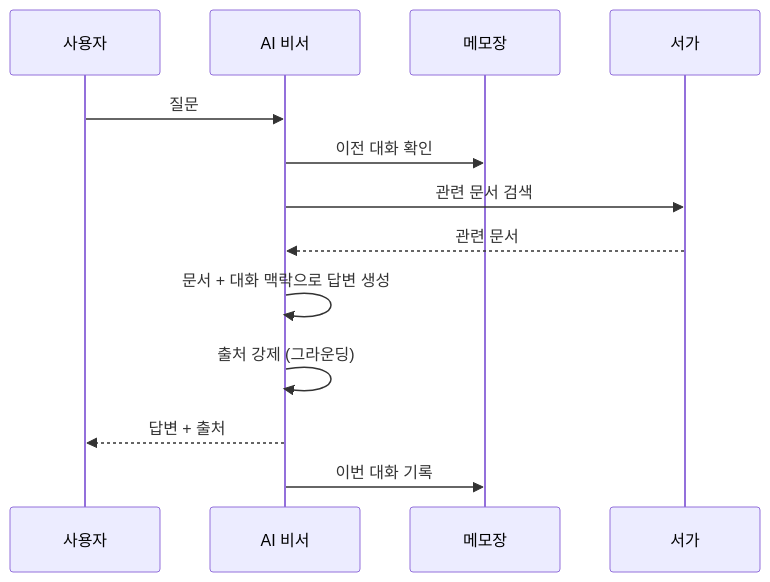
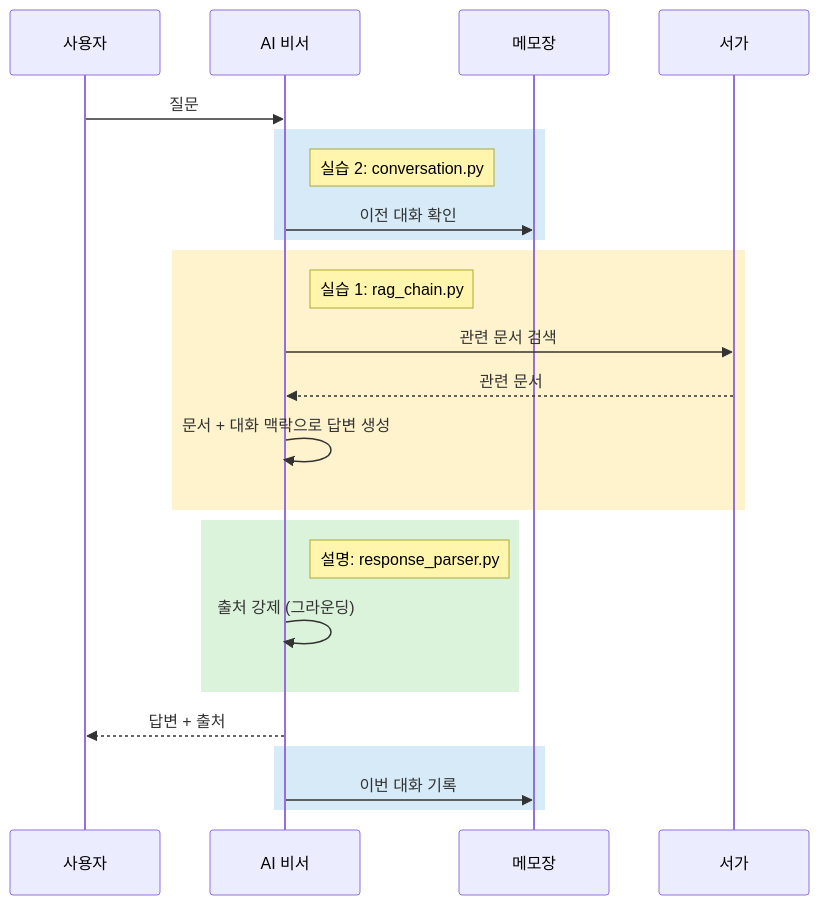
One commit to edu-openskill/lecture-book-workflow changed the first of 4 diagrams in projects/사내AI비서_v2/chapters/05-드디어-답해준다.md. Above: the diagram before and after it, drawn with Mermaid.

Commit message:
feat: CH05 전체 흐름 다이어그램에 실습 위치 색상 표시
노란색 = 실습 1 (rag_chain.py)
초록색 = 설명 (response_parser.py)
파란색 = 실습 2 (conversation.py)

````diff
--- a/projects/사내AI비서_v2/chapters/05-드디어-답해준다.md
+++ b/projects/사내AI비서_v2/chapters/05-드디어-답해준다.md
@@ -281,11 +281,22 @@
 ```mermaid
 sequenceDiagram
     사용자->>AI 비서: 질문
-    AI 비서->>메모장: 이전 대화 확인
-    AI 비서->>서가: 관련 문서 검색
-    서가-->>AI 비서: 관련 문서
-    AI 비서->>AI 비서: 문서 + 대화 맥락으로 답변 생성
-    AI 비서->>AI 비서: 출처 강제 (그라운딩)
+    rect rgb(214, 234, 248)
+        Note right of AI 비서: 실습 2: conversation.py
+        AI 비서->>메모장: 이전 대화 확인
+    end
+    rect rgb(255, 243, 205)
+        Note right of AI 비서: 실습 1: rag_chain.py
+        AI 비서->>서가: 관련 문서 검색
+        서가-->>AI 비서: 관련 문서
+        AI 비서->>AI 비서: 문서 + 대화 맥락으로 답변 생성
+    end
+    rect rgb(219, 242, 219)
+        Note right of AI 비서: 설명: response_parser.py
+        AI 비서->>AI 비서: 출처 강제 (그라운딩)
+    end
     AI 비서-->>사용자: 답변 + 출처
-    AI 비서->>메모장: 이번 대화 기록
+    rect rgb(214, 234, 248)
+        AI 비서->>메모장: 이번 대화 기록
+    end
 ```
````
